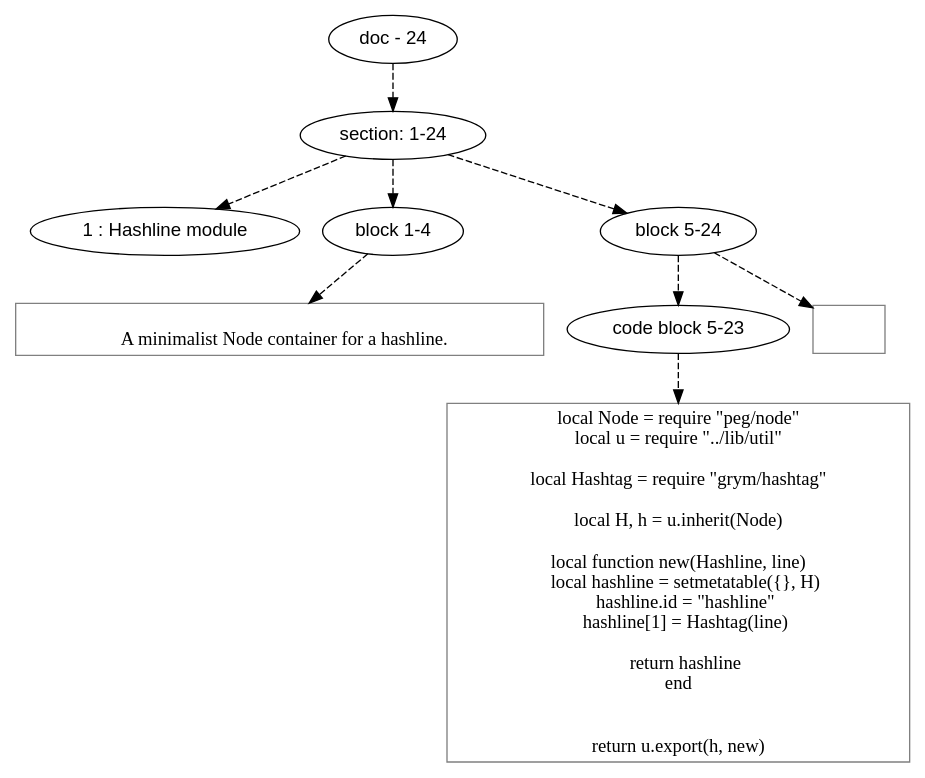
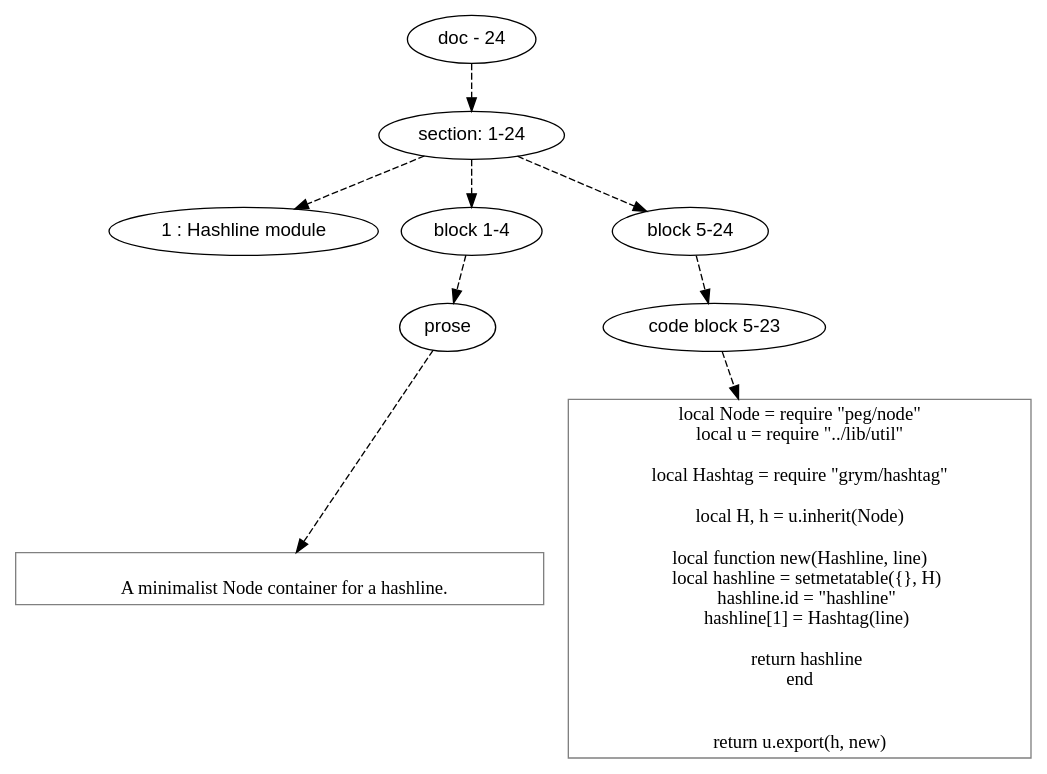
The diagram in doc/dot/grym/hashline.dot (mnemnion/orb), drawn with Graphviz before and after one commit. The commit also changed 120 other files, not shown here.

```diff
--- a/doc/dot/grym/hashline.dot
+++ b/doc/dot/grym/hashline.dot
@@ -1,56 +1,60 @@
 digraph hierarchy {
 
 node [fontname=Helvetica]
 edge [style=dashed]
 
 doc_0 [label="doc - 24"]
 
 
 doc_0 -> { section_1}
 {rank=same; section_1}
 
 section_1 [label="section: 1-24"]
 
 
 section_1 -> { header_2 block_3 block_4}
 {rank=same; header_2 block_3 block_4}
 
 header_2 [label="1 : Hashline module"]
 
 block_3 [label="block 1-4"]
 
 block_4 [label="block 5-24"]
 
 
-block_3 -> leaf_5
-leaf_5  [color=Gray,shape=rectangle,fontname=Inconsolata,label="
+block_3 -> { prose_5}
+{rank=same; prose_5}
+
+prose_5 [label="prose"]
+
+
+prose_5 -> leaf_6
+leaf_6  [color=Gray,shape=rectangle,fontname=Inconsolata,label="
    A minimalist Node container for a hashline.
 "]
-block_4 -> { codeblock_6}
-{rank=same; codeblock_6}
+block_4 -> { codeblock_7}
+{rank=same; codeblock_7}
 
-codeblock_6 [label="code block 5-23"]
+codeblock_7 [label="code block 5-23"]
 
 
-codeblock_6 -> leaf_7
-leaf_7  [color=Gray,shape=rectangle,fontname=Inconsolata,label="local Node = require \"peg/node\"
+codeblock_7 -> leaf_8
+leaf_8  [color=Gray,shape=rectangle,fontname=Inconsolata,label="local Node = require \"peg/node\"
 local u = require \"../lib/util\"
 
 local Hashtag = require \"grym/hashtag\"
 
 local H, h = u.inherit(Node)
 
 local function new(Hashline, line)
     local hashline = setmetatable({}, H)
     hashline.id = \"hashline\"
     hashline[1] = Hashtag(line)
 
     return hashline 
 end
 
 
 return u.export(h, new)"]
-block_4 -> leaf_8
-leaf_8  [color=Gray,shape=rectangle,fontname=Inconsolata,label=""]
 
 }
```
